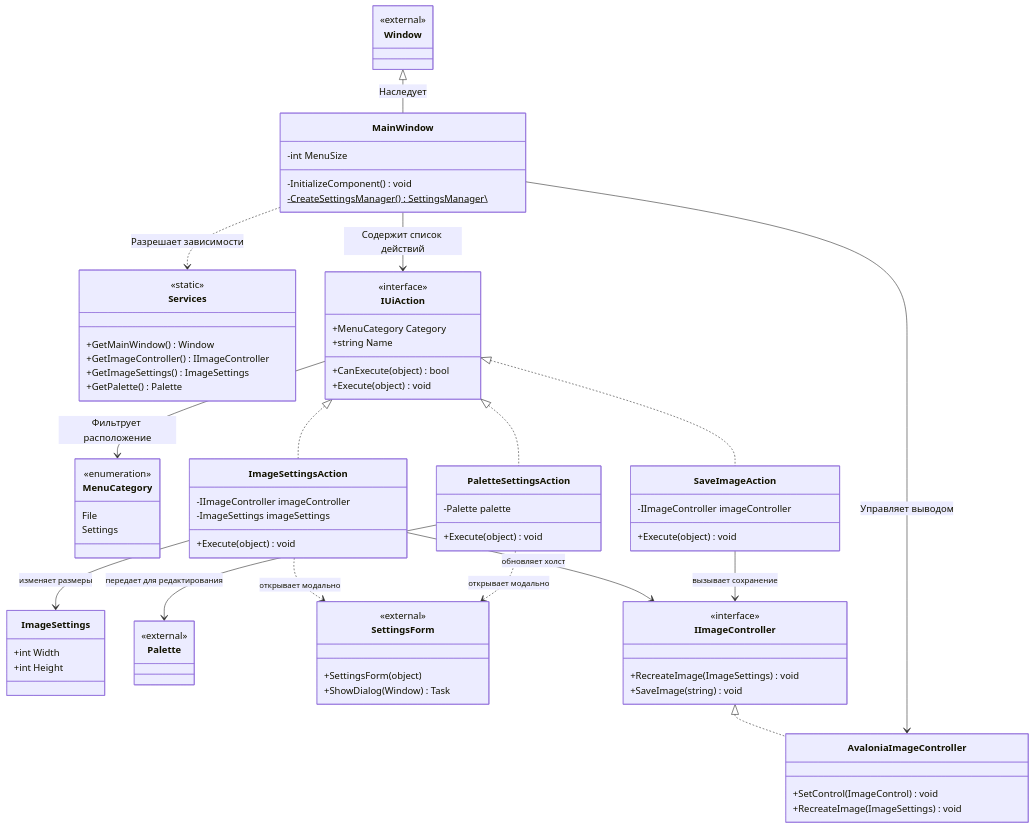
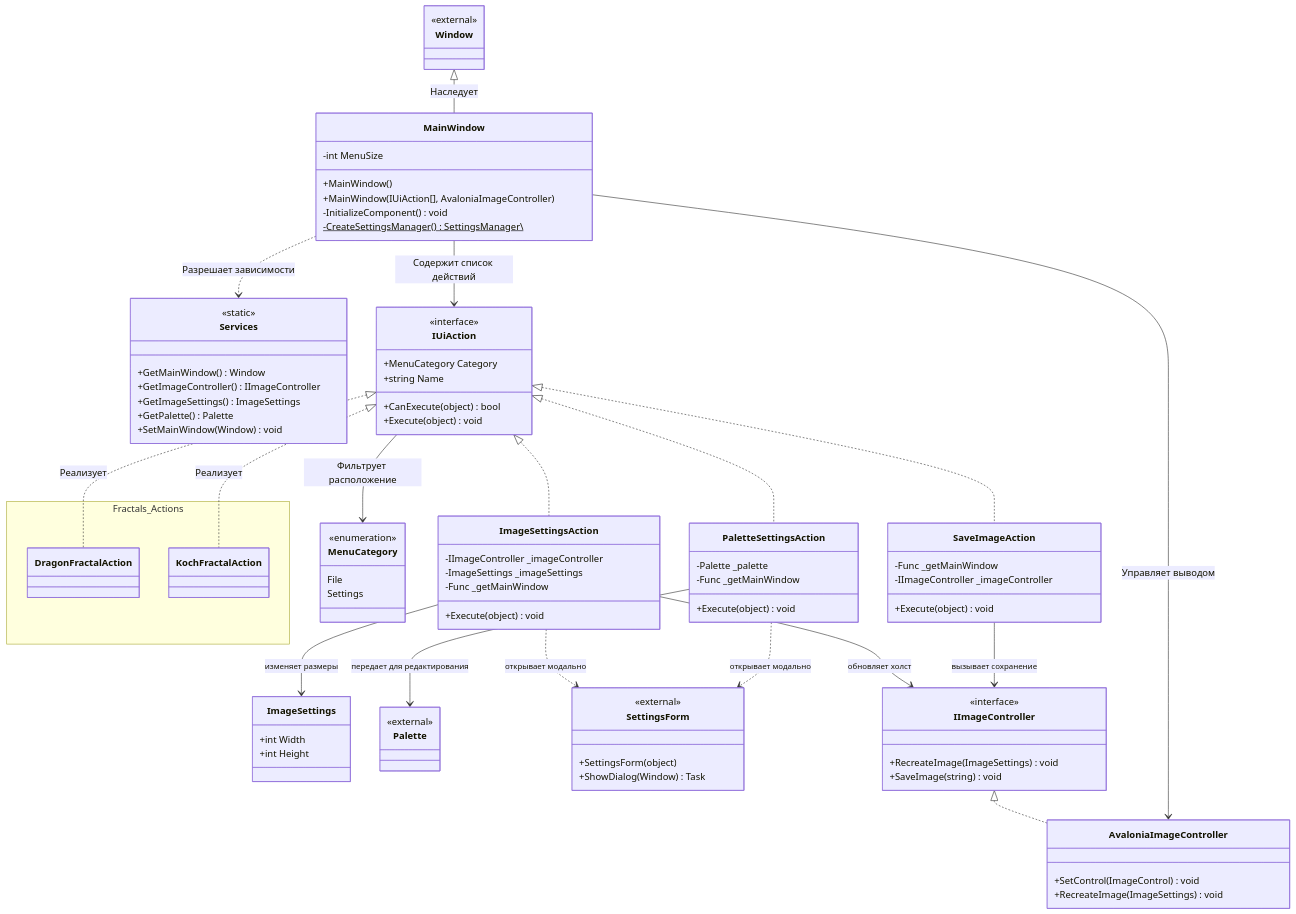
Before and after one commit to NingerangorOid/Praktika_2026: the diagram in painter.md, drawn with Mermaid.

Commit message:
правки внесены

```diff
--- a/painter.md
+++ b/painter.md
@@ -15,11 +15,14 @@
         +GetImageController() IImageController
         +GetImageSettings() ImageSettings
         +GetPalette() Palette
+        +SetMainWindow(Window) void
     }
 
-    %% Клиентская часть и контроллеры
+    %% Клиентская часть приложения (Окна)
     class MainWindow {
         -int MenuSize
+        +MainWindow()
+        +MainWindow(IUiAction[], AvaloniaImageController)
         -InitializeComponent() void
         -CreateSettingsManager() SettingsManager\$
     }
@@ -36,17 +39,21 @@
     MainWindow --> IUiAction : Содержит список действий
     IUiAction --> MenuCategory : Фильтрует расположение
 
+    %% Именованные действия UI (Реализации интерфейса экшенов)
     class ImageSettingsAction {
-        -IImageController imageController
-        -ImageSettings imageSettings
+        -IImageController _imageController
+        -ImageSettings _imageSettings
+        -Func _getMainWindow
         +Execute(object) void
     }
     class SaveImageAction {
-        -IImageController imageController
+        -Func _getMainWindow
+        -IImageController _imageController
         +Execute(object) void
     }
     class PaletteSettingsAction {
-        -Palette palette
+        -Palette _palette
+        -Func _getMainWindow
         +Execute(object) void
     }
     
@@ -54,7 +61,15 @@
     IUiAction <|.. SaveImageAction
     IUiAction <|.. PaletteSettingsAction
 
-    %% Доменная модель и внешние формы
+    %% Новые фрактальные экшены, найденные в коде вашего конструктора MainWindow
+    namespace Fractals_Actions {
+        class DragonFractalAction
+        class KochFractalAction
+    }
+    IUiAction <|.. DragonFractalAction : Реализует
+    IUiAction <|.. KochFractalAction : Реализует
+
+    %% Доменная модель и формы настроек
     class ImageSettings {
         +int Width
         +int Height
@@ -78,7 +93,7 @@
     IImageController <|.. AvaloniaImageController
     MainWindow --> AvaloniaImageController : Управляет выводом
 
-    %% Отрегулированные связи нижнего уровня 
+    %% Стабильные связи нижнего уровня с мелким шрифтом
     ImageSettingsAction --> IImageController : <small>обновляет холст</small>
     ImageSettingsAction --> ImageSettings : <small>изменяет размеры</small>
     ImageSettingsAction ..> SettingsForm : <small>открывает модально</small>
```
